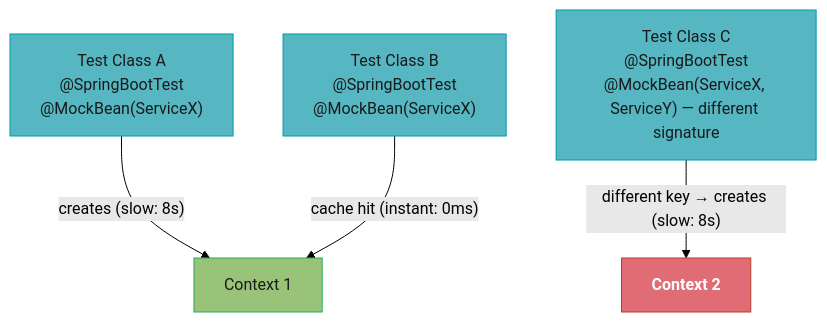
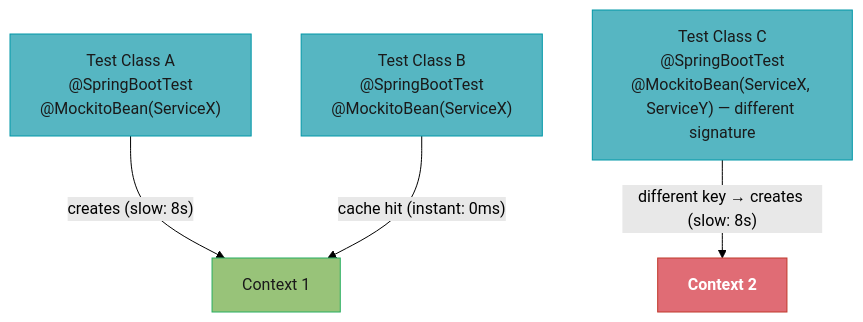
Before and after one commit to rppol/system-design: the second of 5 diagrams in src/main/java/com/rutik/systemdesign/spring/spring_testing/README.md, drawn with Mermaid (forest theme). The commit also changed other lines of this file and 8 other files, not shown here.

First line of the commit message:
audit(spring): 49 corrections — @MockBean x100 is removed in Boot 4.0, and flatMap was never unbounded

````diff
--- a/src/main/java/com/rutik/systemdesign/spring/spring_testing/README.md
+++ b/src/main/java/com/rutik/systemdesign/spring/spring_testing/README.md
@@ -129,18 +129,18 @@
 ```mermaid
 flowchart TD
     classDef io      fill:#61afef,stroke:#2e86c1,color:#1a1a1a,font-weight:bold
     classDef frozen  fill:#c678dd,stroke:#9b59b6,color:#fff
     classDef train   fill:#98c379,stroke:#27ae60,color:#1a1a1a
     classDef mathOp  fill:#d19a66,stroke:#e67e22,color:#1a1a1a,font-weight:bold
     classDef lossN   fill:#e06c75,stroke:#c0392b,color:#fff,font-weight:bold
     classDef req     fill:#56b6c2,stroke:#0097a7,color:#1a1a1a
     classDef base    fill:#e5c07b,stroke:#f39c12,color:#1a1a1a
 
-    A["Test Class A\n@SpringBootTest\n@MockBean(ServiceX)"] -->|"creates (slow: 8s)"| C1["Context 1"]
-    B["Test Class B\n@SpringBootTest\n@MockBean(ServiceX)"] -->|"cache hit (instant: 0ms)"| C1
-    D["Test Class C\n@SpringBootTest\n@MockBean(ServiceX, ServiceY) — different signature"] -->|"different key → creates (slow: 8s)"| C2["Context 2"]
+    A["Test Class A\n@SpringBootTest\n@MockitoBean(ServiceX)"] -->|"creates (slow: 8s)"| C1["Context 1"]
+    B["Test Class B\n@SpringBootTest\n@MockitoBean(ServiceX)"] -->|"cache hit (instant: 0ms)"| C1
+    D["Test Class C\n@SpringBootTest\n@MockitoBean(ServiceX, ServiceY) — different signature"] -->|"different key → creates (slow: 8s)"| C2["Context 2"]
 
     class A,B,D req
     class C1 train
     class C2 lossN
 ```
````
